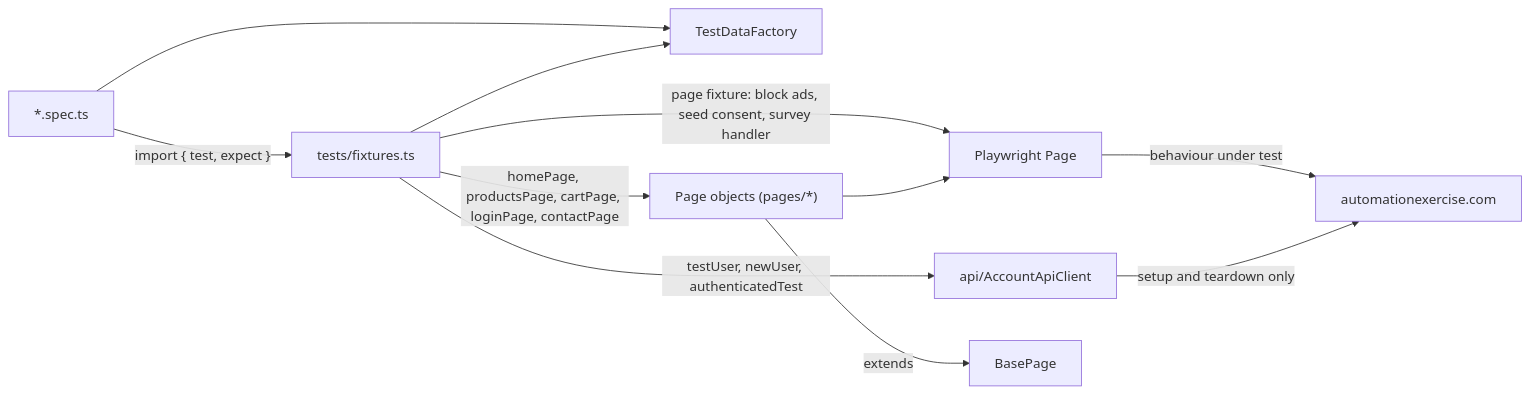
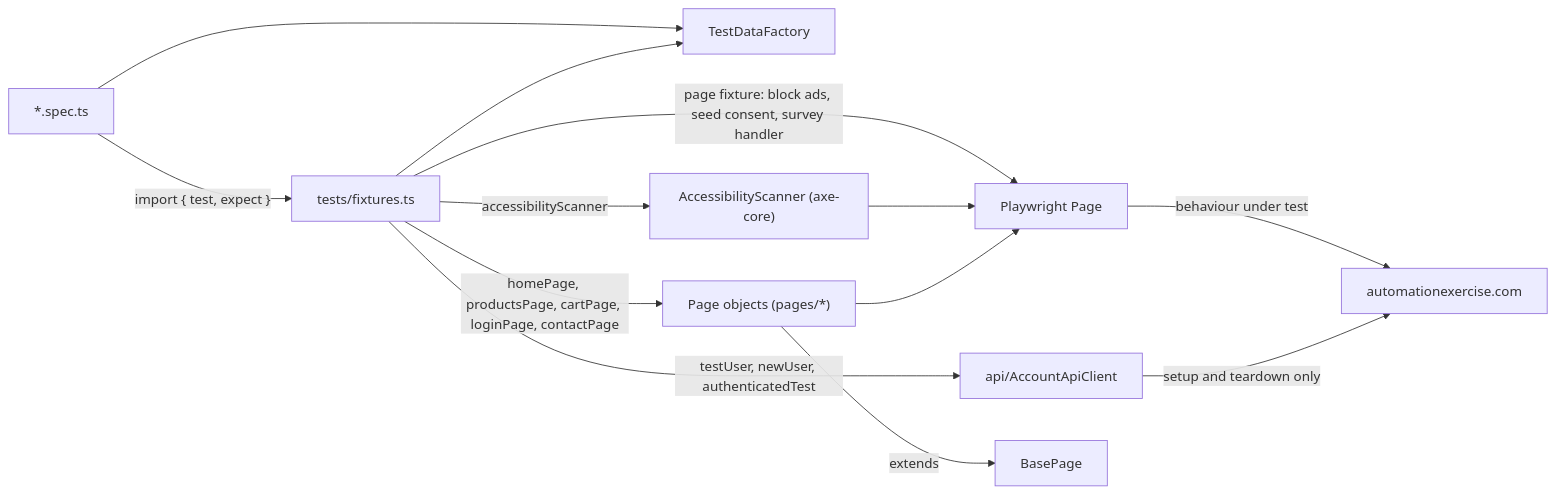
One commit to PimySoft/ecommerce-playwright changed the diagram in README.md. Above: the diagram before and after it, drawn with Mermaid. The commit also changed other lines of this file and 25 other files, not shown here.

````diff
--- a/README.md
+++ b/README.md
@@ -60,13 +71,15 @@
 ```mermaid
 flowchart LR
   Spec["*.spec.ts"] -->|"import { test, expect }"| Fixtures["tests/fixtures.ts"]
   Spec --> Data["TestDataFactory"]
   Fixtures -->|"page fixture: block ads, seed consent, survey handler"| Page["Playwright Page"]
   Fixtures -->|"homePage, productsPage, cartPage, loginPage, contactPage"| POM["Page objects (pages/*)"]
   Fixtures -->|"testUser, newUser, authenticatedTest"| Api["api/AccountApiClient"]
+  Fixtures -->|"accessibilityScanner"| A11y["AccessibilityScanner (axe-core)"]
+  A11y --> Page
   Fixtures --> Data
   POM -->|extends| Base["BasePage"]
   POM --> Page
   Page -->|"behaviour under test"| Site["automationexercise.com"]
   Api -->|"setup and teardown only"| Site
 ```
````
